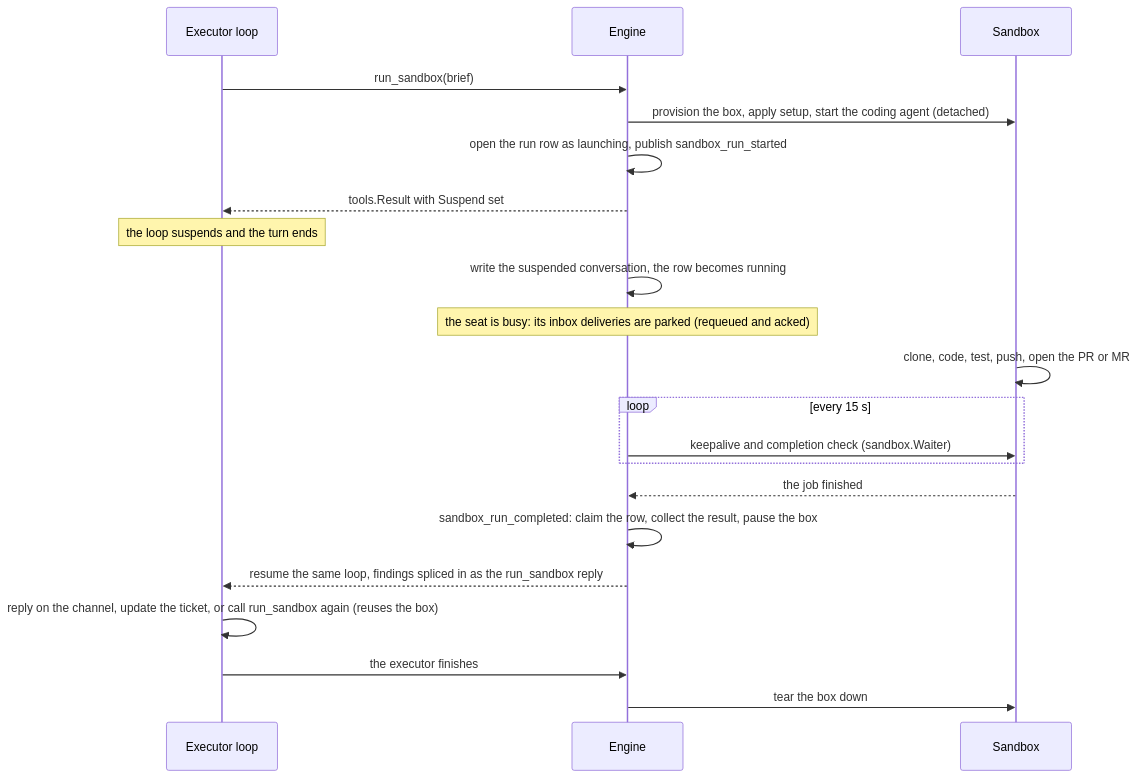
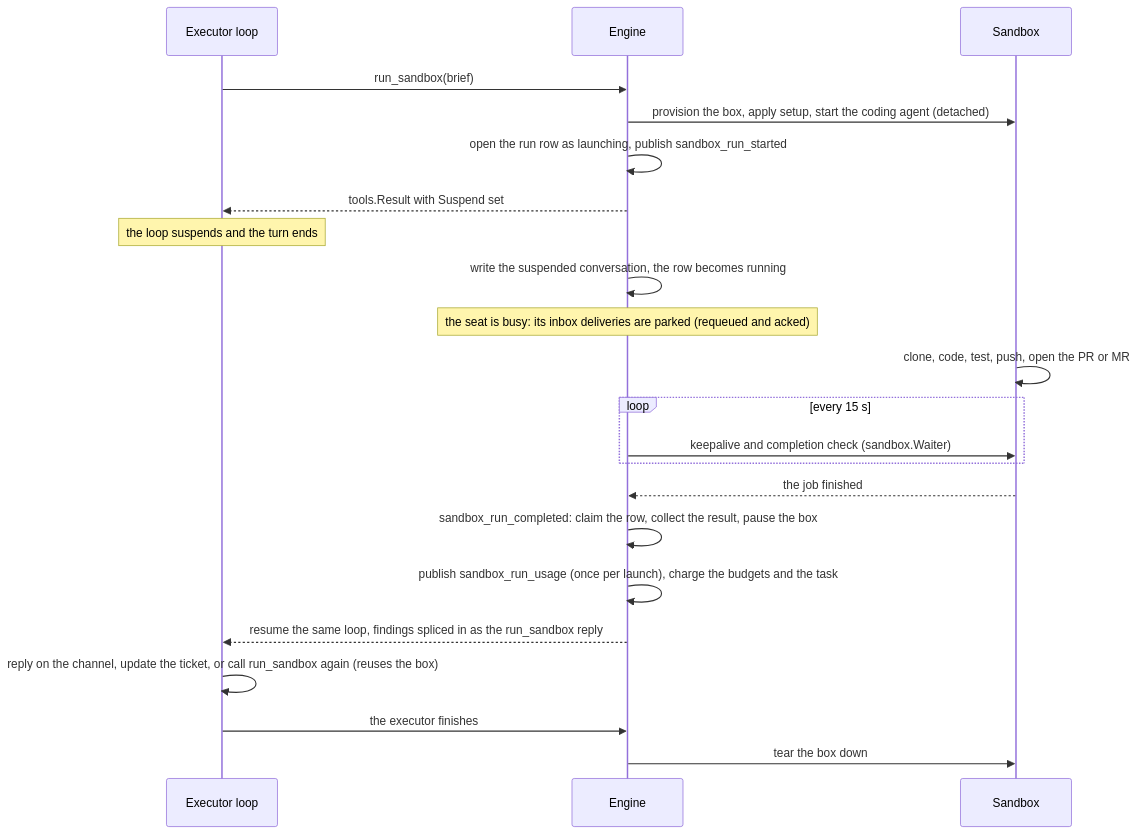
Before and after one commit to crewlet/crewlet: the diagram in docs/concepts/code-sandbox.md, drawn with Mermaid. The commit also changed other lines of this file and 46 other files, not shown here.

````diff
--- a/docs/concepts/code-sandbox.md
+++ b/docs/concepts/code-sandbox.md
@@ -21,23 +21,24 @@
 ```mermaid
 sequenceDiagram
     participant X as Executor loop
     participant E as Engine
     participant B as Sandbox
     X->>E: run_sandbox(brief)
     E->>B: provision the box, apply setup, start the coding agent (detached)
     E->>E: open the run row as launching, publish sandbox_run_started
     E-->>X: tools.Result with Suspend set
     Note over X: the loop suspends and the turn ends
     E->>E: write the suspended conversation, the row becomes running
     Note over E: the seat is busy: its inbox deliveries are parked (requeued and acked)
     B->>B: clone, code, test, push, open the PR or MR
     loop every 15 s
         E->>B: keepalive and completion check (sandbox.Waiter)
     end
     B-->>E: the job finished
     E->>E: sandbox_run_completed: claim the row, collect the result, pause the box
+    E->>E: publish sandbox_run_usage (once per launch), charge the budgets and the task
     E-->>X: resume the same loop, findings spliced in as the run_sandbox reply
     X->>X: reply on the channel, update the ticket, or call run_sandbox again (reuses the box)
     X->>E: the executor finishes
     E->>B: tear the box down
 ```
````
